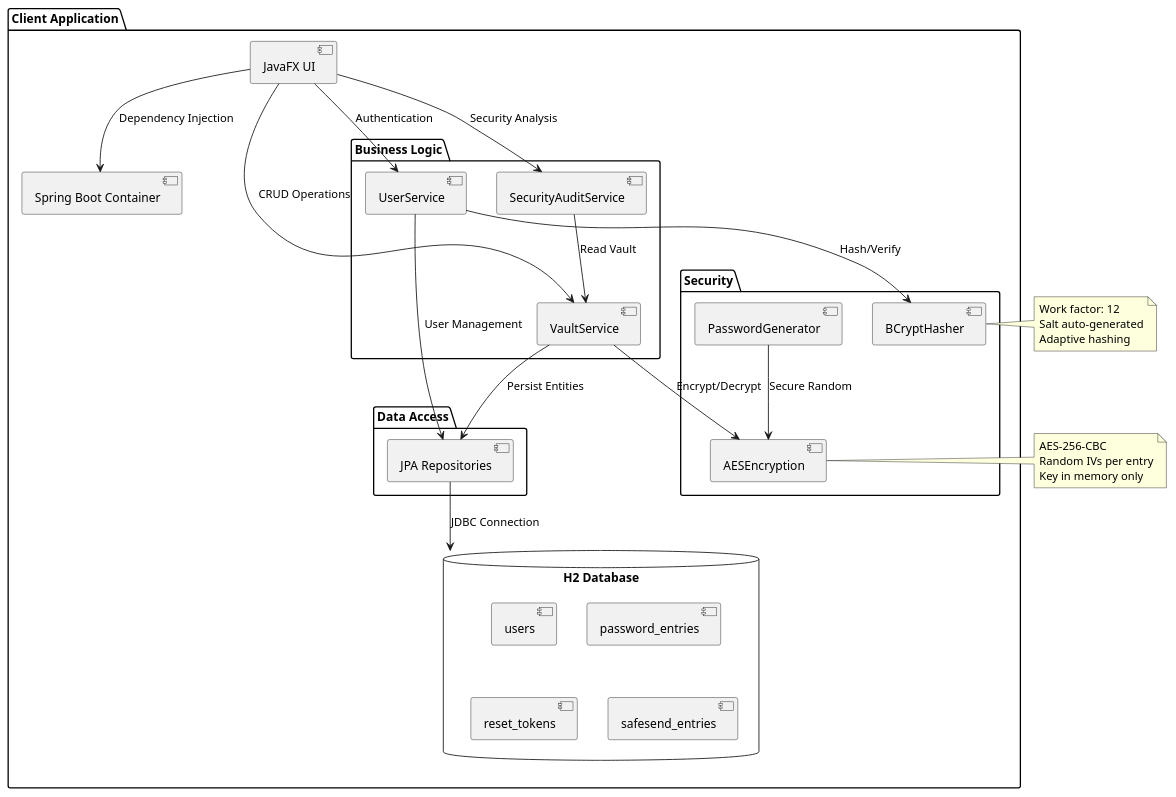
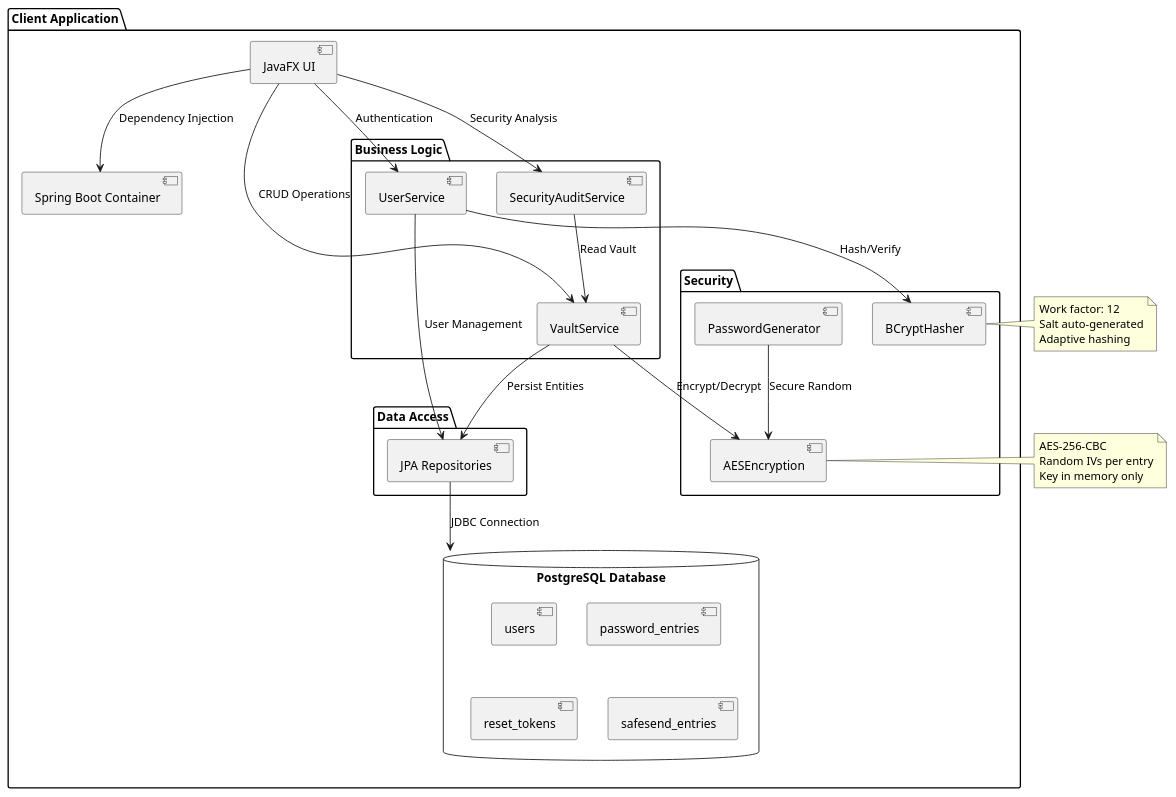
The ninth of 10 diagrams in README.md (DaniaCiampalini/SafeCoreProject), drawn with PlantUML before and after one commit. The commit also changed other lines of this file and 29 other files, not shown here.

````diff
--- a/README.md
+++ b/README.md
@@ -1874,59 +1875,59 @@
 ```plantuml
 @startuml
 package "Client Application" {
   component [JavaFX UI] as UI
   component [Spring Boot Container] as Spring
   
   package "Business Logic" {
     component [VaultService] as Vault
     component [SecurityAuditService] as Audit
     component [UserService] as User
   }
   
   package "Security" {
     component [AESEncryption] as AES
     component [BCryptHasher] as BCrypt
     component [PasswordGenerator] as Gen
   }
   
   package "Data Access" {
     component [JPA Repositories] as JPA
   }
   
-  database "H2 Database" as DB {
+  database "PostgreSQL Database" as DB {
     storage [users]
     storage [password_entries]
     storage [reset_tokens]
     storage [safesend_entries]
   }
 }
 
 UI --> Spring : Dependency Injection
 UI --> Vault : CRUD Operations
 UI --> Audit : Security Analysis
 UI --> User : Authentication
 
 Vault --> AES : Encrypt/Decrypt
 User --> BCrypt : Hash/Verify
 Gen --> AES : Secure Random
 
 Vault --> JPA : Persist Entities
 User --> JPA : User Management
 Audit --> Vault : Read Vault
 
 JPA --> DB : JDBC Connection
 
 note right of AES
   AES-256-CBC
   Random IVs per entry
   Key in memory only
 end note
 
 note right of BCrypt
   Work factor: 12
   Salt auto-generated
   Adaptive hashing
 end note
 
 @enduml
 ```
````
